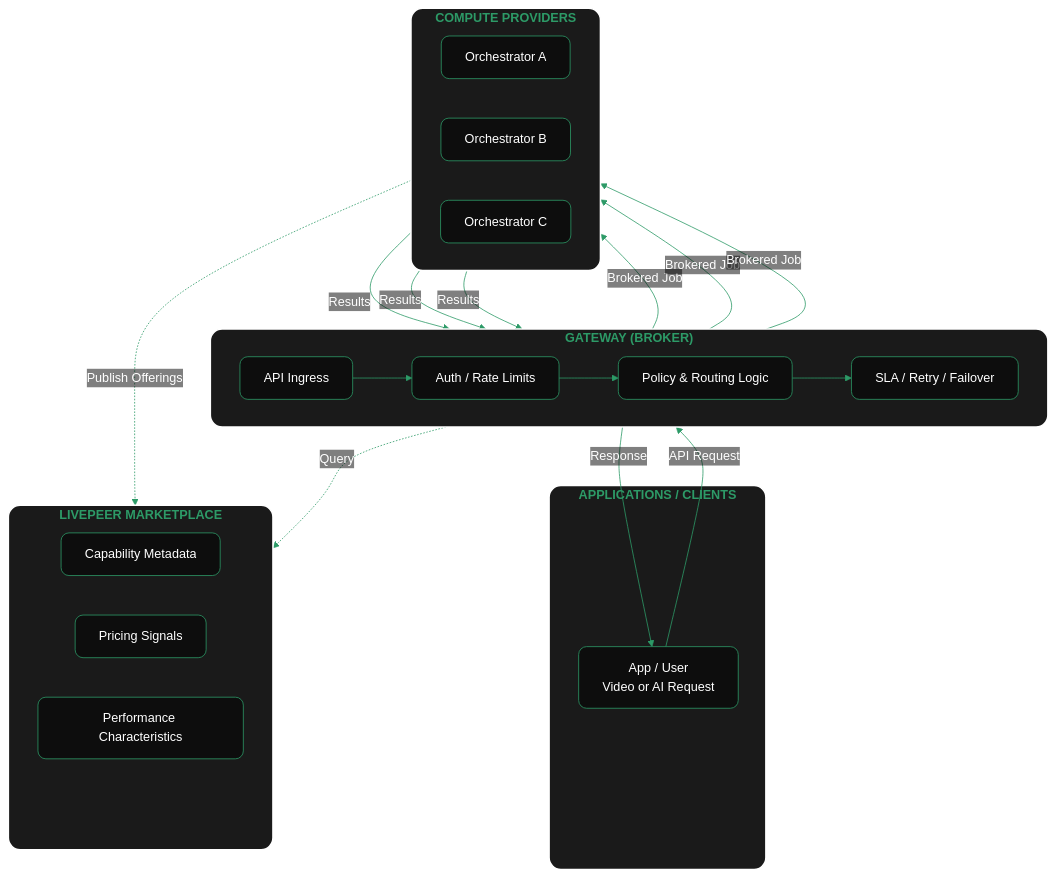
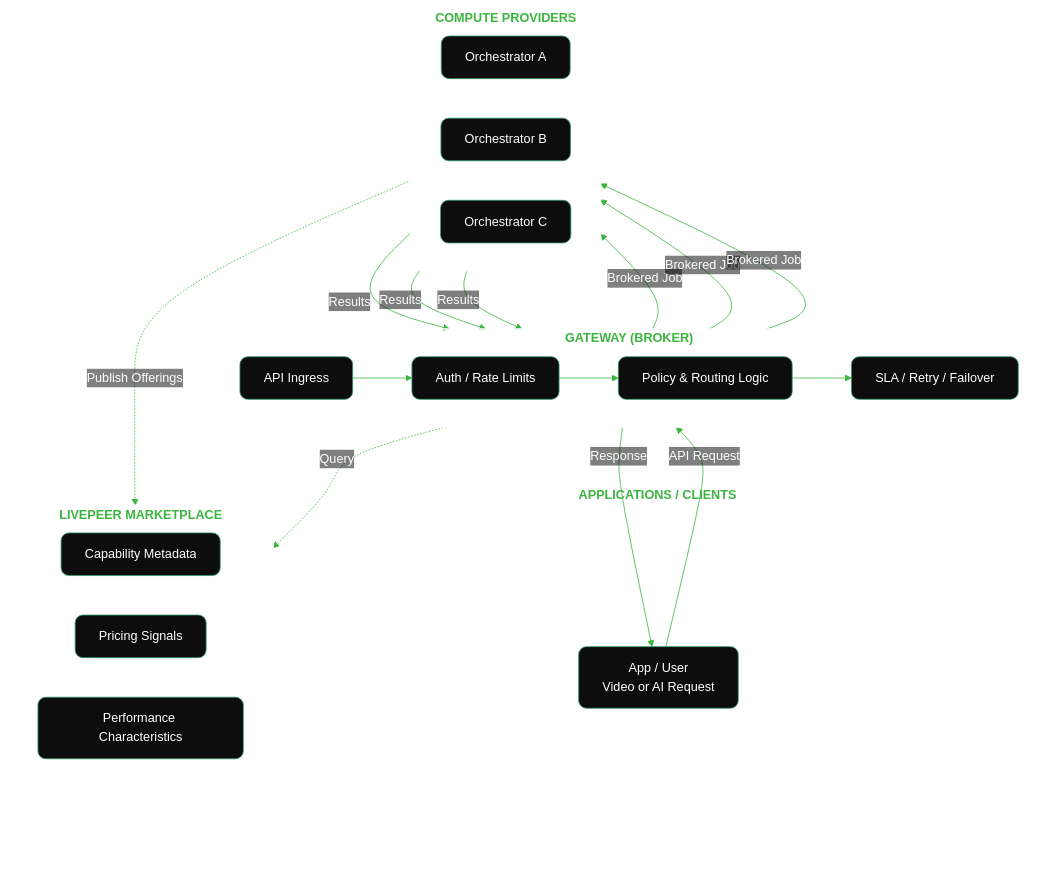
One commit to its-DeFine/docs changed the first of 2 diagrams in v2/gateways/guides/advanced-operations/x-resources/ctx-new--connect-with-offerings-publish.mdx. Above: the diagram before and after it, drawn with Mermaid. The commit also changed 87 other files, not shown here.

````diff
--- a/v2/gateways/guides/advanced-operations/x-resources/ctx-new--connect-with-offerings-publish.mdx
+++ b/v2/gateways/guides/advanced-operations/x-resources/ctx-new--connect-with-offerings-publish.mdx
@@ -88,29 +88,5 @@
 ```mermaid
-%%{init: {
-  'theme': 'base',
-  'themeVariables': {
-    'primaryColor': '#1a1a1a',
-    'primaryTextColor': '#ffffffff',
-    'primaryBorderColor': '#ffffff',
-    'lineColor': '#2d9a67',
-    'secondaryColor': '#0d0d0d',
-    'titleColor': '#2d9a67',
-    'tertiaryColor': '#1a1a1a',
-    'background': '#0d0d0d',
-    'fontFamily': 'system-ui',
-    'clusterBkg': '#1a1a1a',
-    'clusterBorder': '#ffffff',
-    'nodeTextColor': '#ffffff',
-    'nodeBorder': '#ffffff',
-    'mainBkg': '#1a1a1a',
-    'edgeLabelBackground': 'transparent',
-    'textColor': '#2d9a67'
-  },
-  'flowchart': {
-    'useMaxWidth': true,
-    'htmlLabels': true
-  }
-}}%%
+%%{init: {'theme': 'base', 'themeVariables': {'primaryColor': '#18794E', 'primaryTextColor': '#fff', 'primaryBorderColor': '#3CB540', 'lineColor': '#3CB540', 'mainBkg': '#18794E', 'nodeBorder': '#3CB540', 'clusterBkg': 'transparent', 'clusterBorder': '#3CB540', 'titleColor': '#3CB540', 'edgeLabelBackground': 'transparent', 'textColor': '#3CB540', 'nodeTextColor': '#fff'}}}%%
 flowchart TB
 
     %% --- APPLICATION LAYER ---
````
